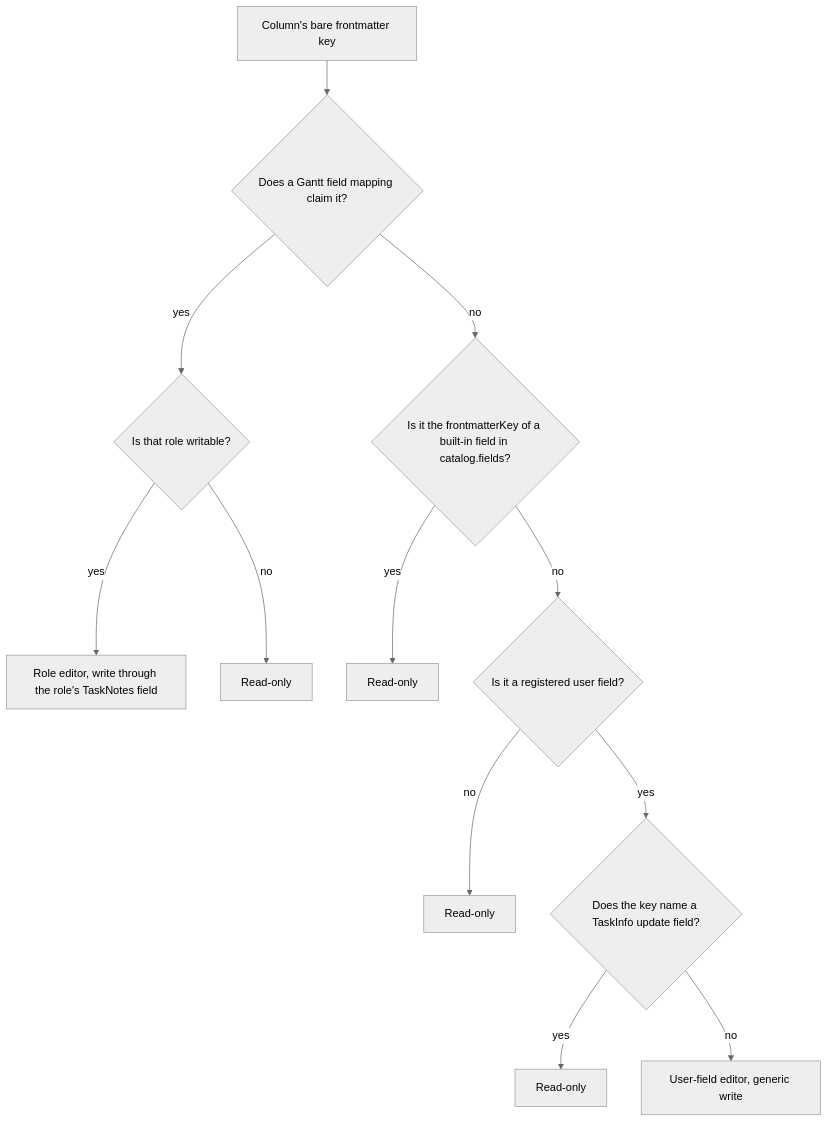
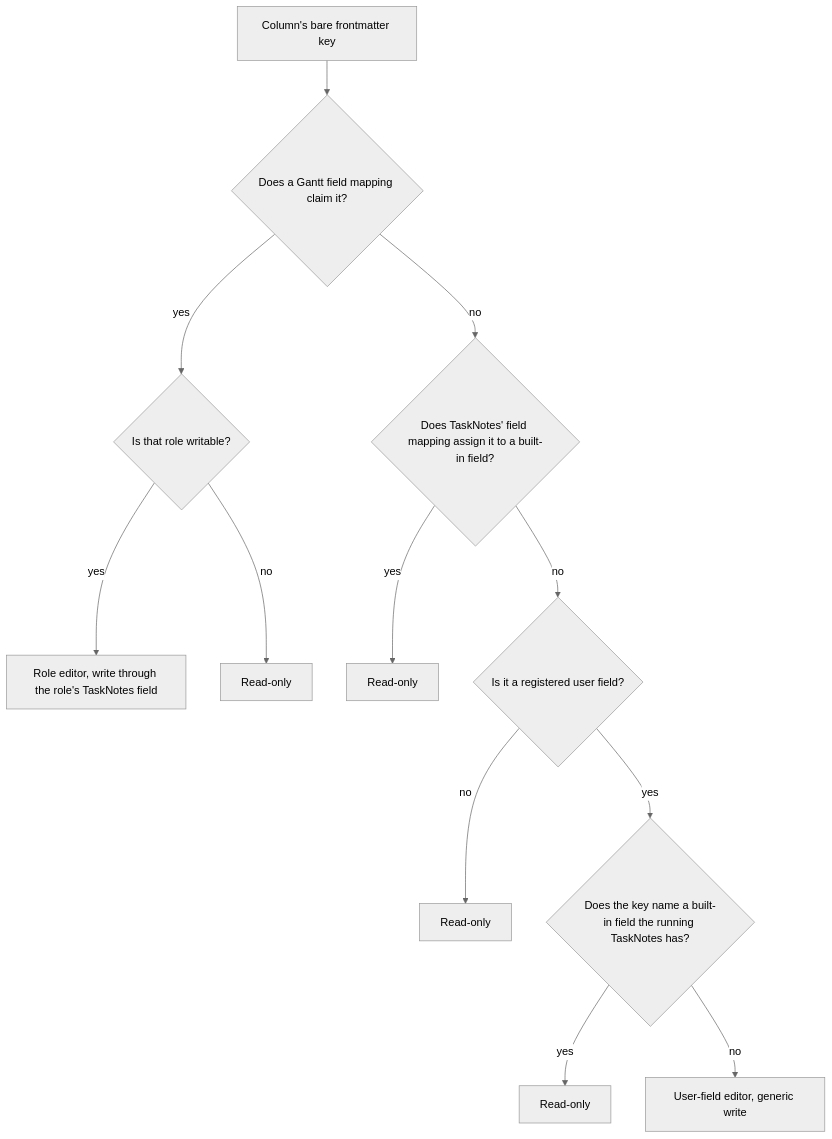
One commit to renatomen/tasknotes-gantt changed the second of 3 diagrams in docs/plans/2026-11-26-001-feat-tasknotes-5-0-5-compatibility-plan.md. Above: the diagram before and after it, drawn with Mermaid (neutral theme). The commit also changed other lines of this file, not shown here.

First line of the commit message:
docs(plans): find TaskNotes-owned fields through the field mapping itself

````diff
--- a/docs/plans/2026-11-26-001-feat-tasknotes-5-0-5-compatibility-plan.md
+++ b/docs/plans/2026-11-26-001-feat-tasknotes-5-0-5-compatibility-plan.md
@@ -195,14 +195,14 @@
 ```mermaid
 flowchart TB
   K[Column's bare frontmatter key] --> R{Does a Gantt field mapping claim it?}
   R -->|yes| W{Is that role writable?}
   W -->|yes| E1[Role editor, write through the role's TaskNotes field]
   W -->|no| RO1[Read-only]
-  R -->|no| O{Is it the frontmatterKey of a built-in field in catalog.fields?}
+  R -->|no| O{Does TaskNotes' field mapping assign it to a built-in field?}
   O -->|yes| RO2[Read-only]
   O -->|no| U{Is it a registered user field?}
   U -->|no| RO3[Read-only]
-  U -->|yes| C{Does the key name a TaskInfo update field?}
+  U -->|yes| C{Does the key name a built-in field the running TaskNotes has?}
   C -->|yes| RO4[Read-only]
   C -->|no| E2[User-field editor, generic write]
 ```
````
